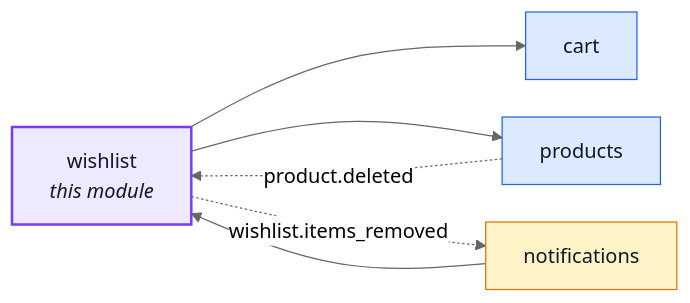
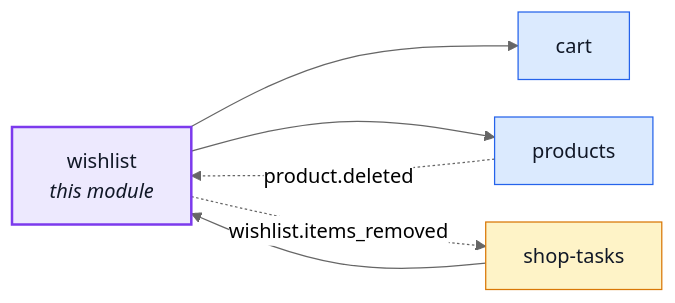
One commit to Guebbit/boilerplate-node-backend changed the first of 2 diagrams in docs/modules/wishlist.md. Above: the diagram before and after it, drawn with Mermaid (neutral theme). The commit also changed 107 other files, not shown here.

First line of the commit message:
refactor(shop-tasks): move the shop's to-dos and notices into their own module

````diff
--- a/docs/modules/wishlist.md
+++ b/docs/modules/wishlist.md
@@ -16,22 +16,22 @@
 ```mermaid
 %%{init: {'flowchart': {'nodeSpacing': 30, 'rankSpacing': 60}}}%%
 flowchart LR
     wishlist["wishlist<br/><i>this module</i>"]
     cart["cart"]
-    notifications["notifications"]
     products["products"]
+    shop_tasks["shop-tasks"]
 
-    notifications --> wishlist
+    shop_tasks --> wishlist
     wishlist --> cart
     wishlist --> products
     products -. "product.deleted" .-> wishlist
-    wishlist -. "wishlist.items_removed" .-> notifications
+    wishlist -. "wishlist.items_removed" .-> shop_tasks
 
     classDef core fill:#dbeafe,stroke:#2563eb,color:#111827;
     classDef supporting fill:#fef3c7,stroke:#d97706,color:#111827;
     classDef generic fill:#dcfce7,stroke:#16a34a,color:#111827;
     classDef centre fill:#ede9fe,stroke:#7c3aed,stroke-width:2px,color:#111827;
     class cart,products core;
-    class notifications supporting;
+    class shop_tasks supporting;
     class wishlist centre;
 ```
````
